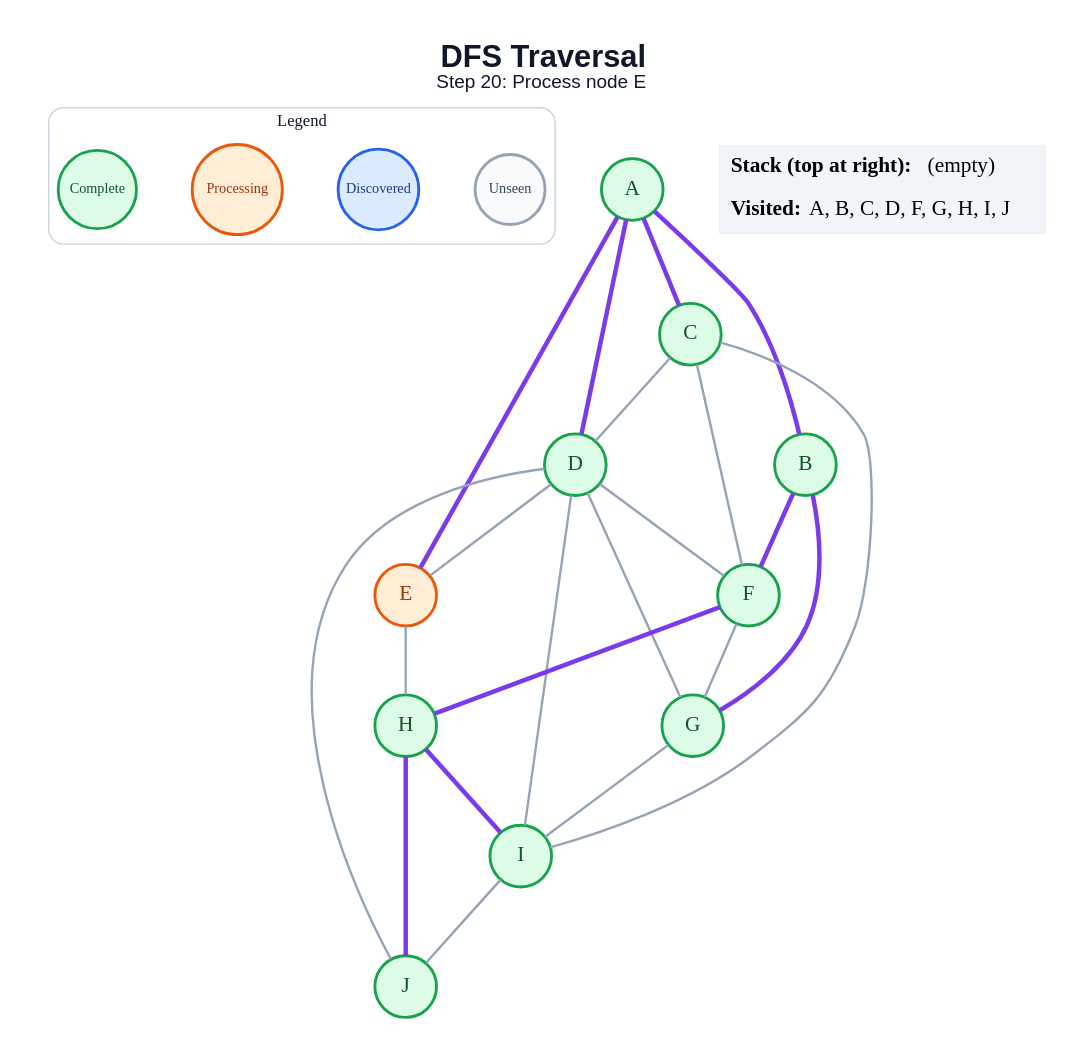
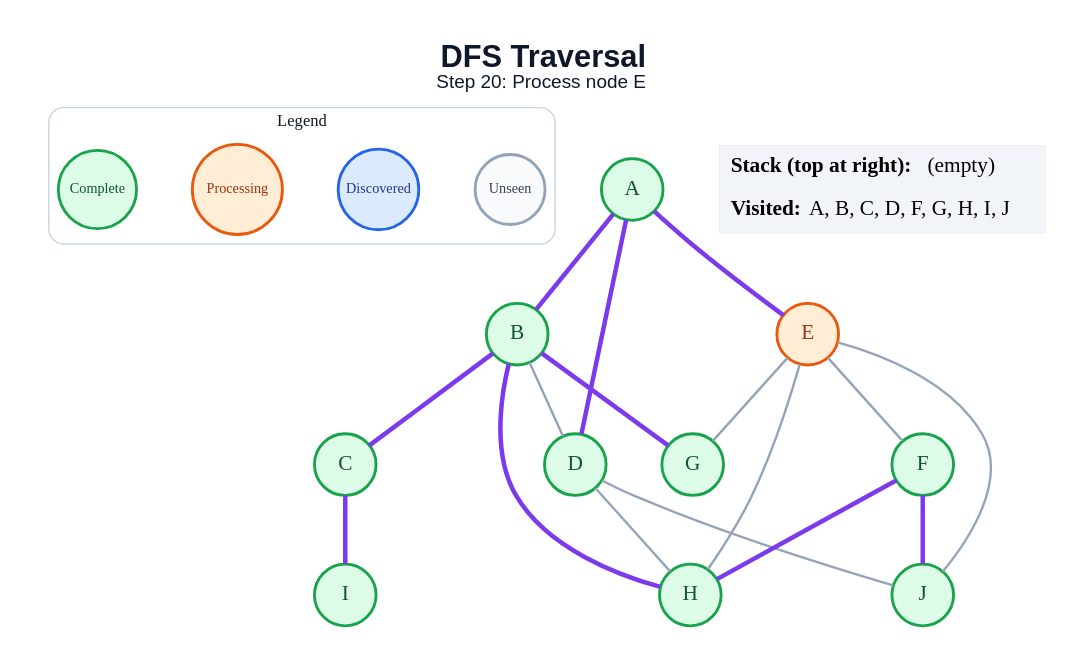
The diagram in generated/dfs/step_20.dot (anon7238593-create/ai-slop), drawn with Graphviz before and after one commit. The commit also changed 171 other files, not shown here.

```diff
--- a/generated/dfs/step_20.dot
+++ b/generated/dfs/step_20.dot
@@ -1,50 +1,45 @@
 graph traversal {
   graph [layout=dot, rankdir=TB, bgcolor="#FFFFFF", pad="0.35", nodesep="0.65", ranksep="0.8", fontname="Arial"];
   node [shape=circle, style="filled", fontname="Arial Bold", fontsize=18, width=0.72, fixedsize=true, penwidth=2.4];
   edge [color="#94A3B8", penwidth=2.0];
   label=<<B>DFS Traversal</B><BR/><FONT POINT-SIZE="16">Step 20: Process node E</FONT>>; labelloc="t"; fontsize=26; fontname="Arial"; fontcolor="#0F172A";
   subgraph cluster_legend { label="Legend"; color="#CBD5E1"; penwidth=1.2; style="rounded"; fontsize=14; fontname="Arial Bold";
     key_unseen [label="Unseen", fillcolor="#F8FAFC", color="#94A3B8", fontcolor="#334155", fontsize=12, width=0.82];
     key_frontier [label="Discovered", fillcolor="#DBEAFE", color="#2563EB", fontcolor="#1E3A8A", fontsize=12, width=0.95];
     key_current [label="Processing", fillcolor="#FFEDD5", color="#EA580C", fontcolor="#9A3412", fontsize=12, width=1.05];
     key_done [label="Complete", fillcolor="#DCFCE7", color="#16A34A", fontcolor="#14532D", fontsize=12, width=0.92];
     { rank=same; key_unseen; key_frontier; key_current; key_done; }
   }
   A [fillcolor="#DCFCE7", color="#16A34A", fontcolor="#14532D"];
   B [fillcolor="#DCFCE7", color="#16A34A", fontcolor="#14532D"];
   C [fillcolor="#DCFCE7", color="#16A34A", fontcolor="#14532D"];
   D [fillcolor="#DCFCE7", color="#16A34A", fontcolor="#14532D"];
   E [fillcolor="#FFEDD5", color="#EA580C", fontcolor="#9A3412"];
   F [fillcolor="#DCFCE7", color="#16A34A", fontcolor="#14532D"];
   G [fillcolor="#DCFCE7", color="#16A34A", fontcolor="#14532D"];
   H [fillcolor="#DCFCE7", color="#16A34A", fontcolor="#14532D"];
   I [fillcolor="#DCFCE7", color="#16A34A", fontcolor="#14532D"];
   J [fillcolor="#DCFCE7", color="#16A34A", fontcolor="#14532D"];
   A -- B [color="#7C3AED", penwidth=3.8];
-  A -- C [color="#7C3AED", penwidth=3.8];
   A -- D [color="#7C3AED", penwidth=3.8];
   A -- E [color="#7C3AED", penwidth=3.8];
-  B -- F [color="#7C3AED", penwidth=3.8];
+  B -- C [color="#7C3AED", penwidth=3.8];
+  B -- D;
   B -- G [color="#7C3AED", penwidth=3.8];
-  C -- D;
-  C -- F;
-  C -- I;
-  D -- E;
-  D -- F;
-  D -- G;
-  D -- I;
+  B -- H [color="#7C3AED", penwidth=3.8];
+  C -- I [color="#7C3AED", penwidth=3.8];
+  D -- H;
   D -- J;
+  E -- F;
+  E -- G;
   E -- H;
-  F -- G;
+  E -- J;
   F -- H [color="#7C3AED", penwidth=3.8];
-  G -- I;
-  H -- I [color="#7C3AED", penwidth=3.8];
-  H -- J [color="#7C3AED", penwidth=3.8];
-  I -- J;
+  F -- J [color="#7C3AED", penwidth=3.8];
   status [shape=plain, fixedsize=false, width=0, height=0, margin=0, label=<
     <TABLE BORDER="0" CELLBORDER="0" CELLPADDING="7" BGCOLOR="#F1F5F9">
       <TR><TD ALIGN="LEFT"><B>Stack (top at right):</B> (empty)</TD></TR>
       <TR><TD ALIGN="LEFT"><B>Visited:</B> A, B, C, D, F, G, H, I, J</TD></TR>
     </TABLE>
   >];
 }
```
